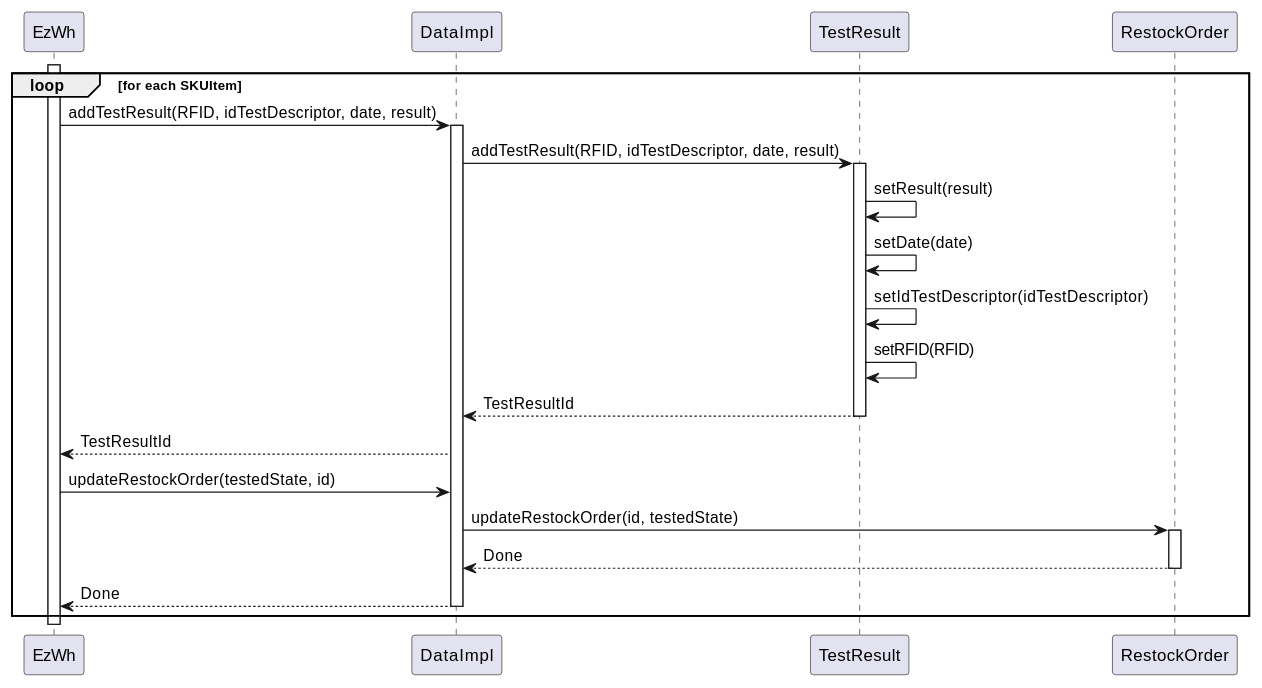
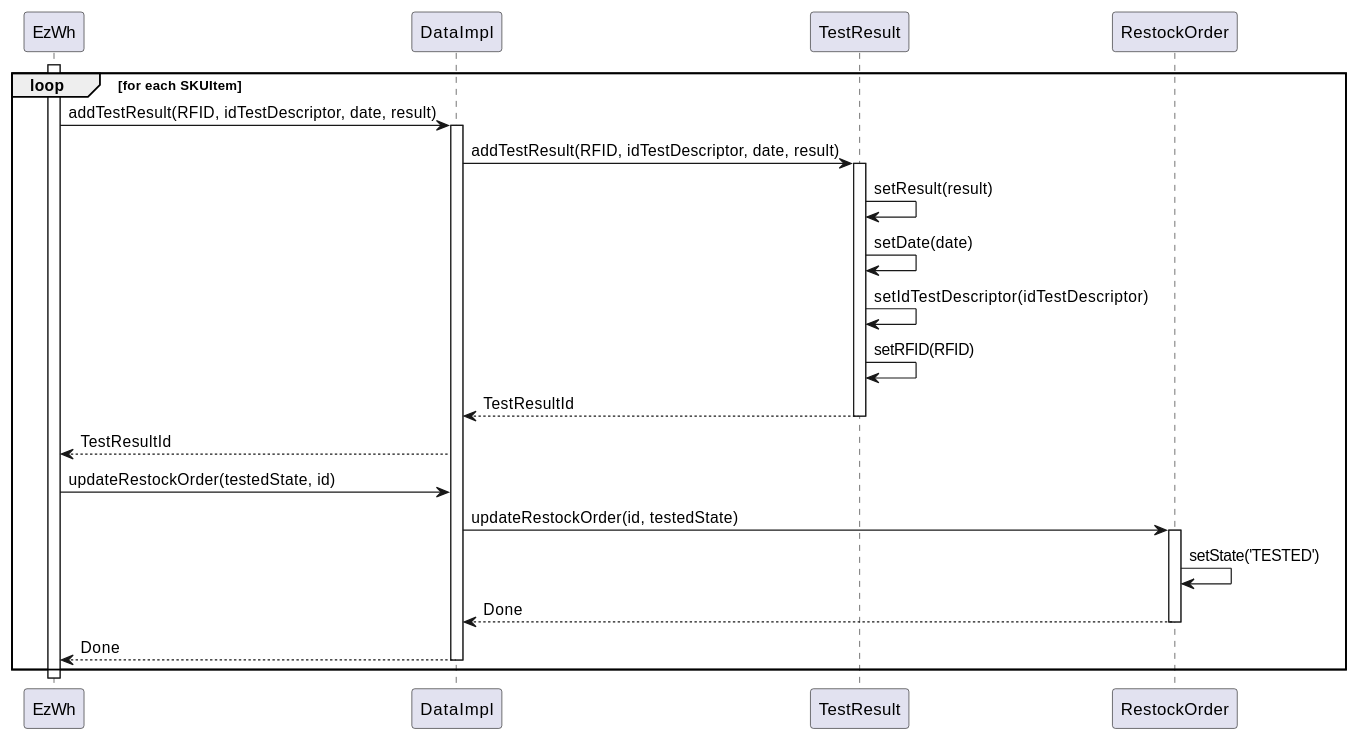
The sixth of 7 diagrams in DesignDocument.md (Guarecuco/EzWh), drawn with PlantUML before and after one commit. The commit also changed other lines of this file, not shown here.

````diff
--- a/DesignDocument.md
+++ b/DesignDocument.md
@@ -485,26 +523,27 @@
 ```plantuml
 @startuml
 activate EzWh
 loop for each SKUItem
 EzWh->DataImpl: addTestResult(RFID, idTestDescriptor, date, result)
 activate DataImpl
 DataImpl -> TestResult: addTestResult(RFID, idTestDescriptor, date, result)
 activate TestResult
 TestResult -> TestResult: setResult(result)
 TestResult-> TestResult: setDate(date)
 TestResult -> TestResult: setIdTestDescriptor(idTestDescriptor)
 TestResult -> TestResult: setRFID(RFID)
 TestResult--> DataImpl: TestResultId
 deactivate TestResult
 DataImpl --> EzWh: TestResultId
 EzWh->DataImpl: updateRestockOrder(testedState, id)
 DataImpl -> RestockOrder: updateRestockOrder(id, testedState)
 activate RestockOrder
+RestockOrder -> RestockOrder: setState('TESTED')
 RestockOrder --> DataImpl: Done
 deactivate RestockOrder 
 DataImpl --> EzWh: Done
 deactivate DataImpl
 end loop
 deactivate EzWh
 @enduml
 ```
````
